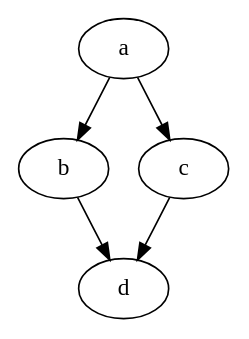
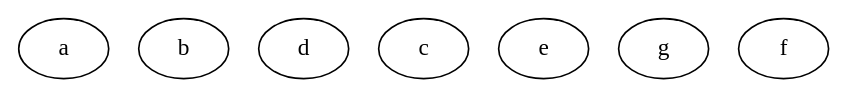
One commit to absternator/Task-Scheduler-Softeng306 changed the diagram in src/main/resources/graph.dot. Above: the diagram before and after it, drawn with Graphviz. The commit also changed 4 other files, not shown here.

```diff
--- a/src/main/resources/graph.dot
+++ b/src/main/resources/graph.dot
@@ -1,10 +1,10 @@
 digraph "example" {
 a         [Weight=2];
 b         [Weight=3];
-a -> b    [Weight=1];
+d   [Weight=1];
 c         [Weight=3];
-a -> c    [Weight=2];
+e    [Weight=2];
 d         [Weight=2];
-b -> d    [Weight=2];
-c -> d    [Weight=1];
+g   [Weight=2];
+f    [Weight=1];
 }
```
